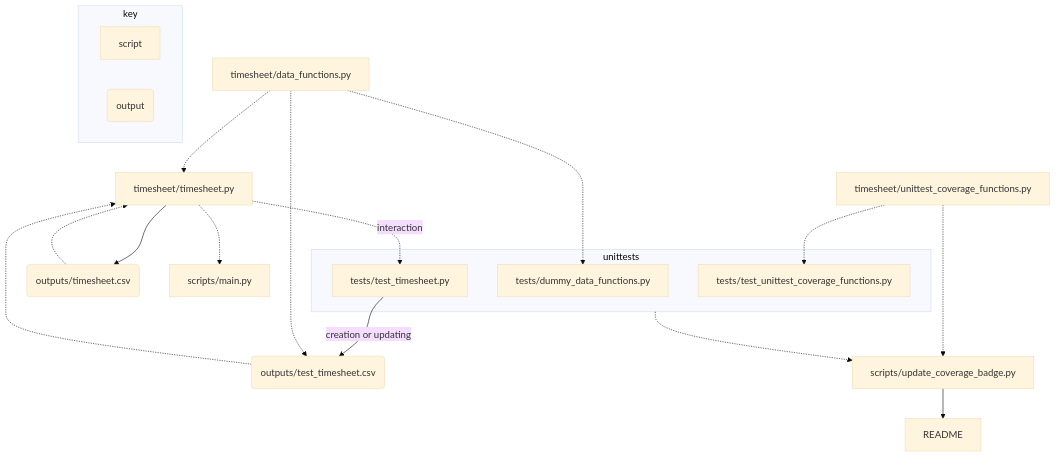
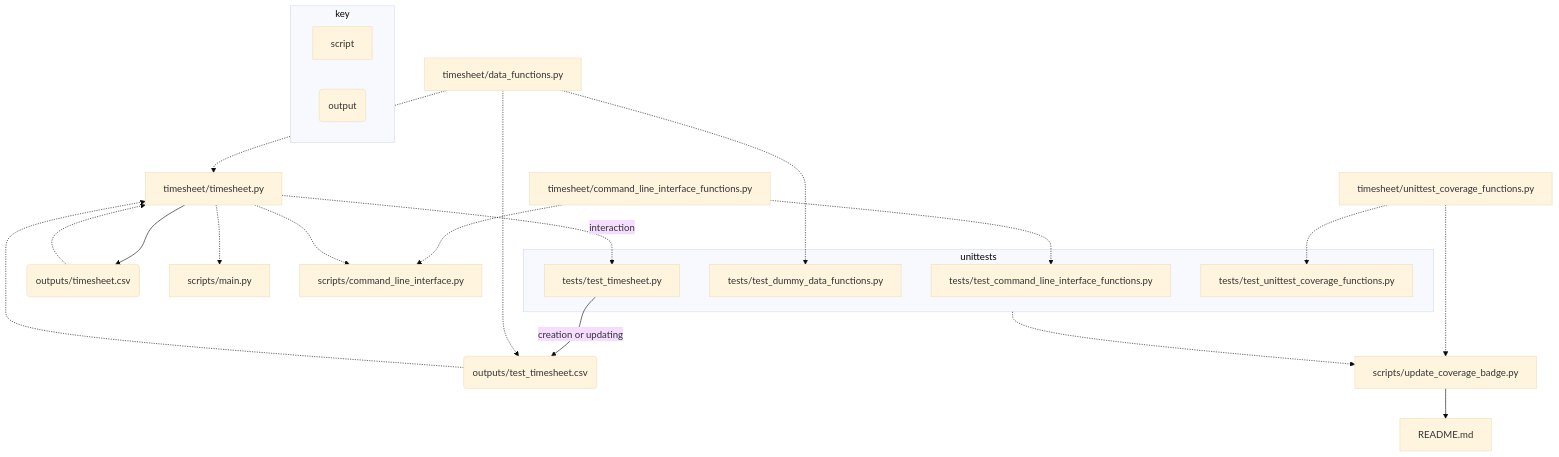
Before and after one commit to JosephCrispell/timesheet: the diagram in README.md, drawn with Mermaid (base theme). The commit also changed 1 other file, not shown here.

Commit message:
Updated mermaid worflow

````diff
--- a/README.md
+++ b/README.md
@@ -51,25 +51,29 @@
 ```mermaid
   graph TD
     timesheet[timesheet/timesheet.py] --> data(outputs/timesheet.csv);
     data .-> timesheet;
     data_functions[timesheet/data_functions.py] .-> timesheet;
     timesheet .->|interaction| test_timesheet[tests/test_timesheet.py];
     data_functions .-> test_data_functions[tests/test_data_functions.py];
     test_timesheet -->|creation or updating| test_data(outputs/test_timesheet.csv);
     test_data .-> timesheet;
     data_functions .-> test_data;
     timesheet .-> main[scripts/main.py];
+    cli_functions[timesheet/command_line_interface_functions.py] .-> cli[scripts/command_line_interface.py];
+    cli_functions .-> test_cli
+    timesheet .-> cli
     subgraph "key"
         k1[script];
         k2(output);
     end
     coverage_functions[timesheet/unittest_coverage_functions.py] .-> update_coverage_badge[scripts/update_coverage_badge.py];
     coverage_functions .-> test_coverage[tests/test_unittest_coverage_functions.py];
-    update_coverage_badge --> readme[README];
+    update_coverage_badge --> readme[README.md];
     subgraph "unittests"
         test_timesheet[tests/test_timesheet.py];
-        test_data_functions[tests/dummy_data_functions.py];
+        test_data_functions[tests/test_dummy_data_functions.py];
         test_coverage[tests/test_unittest_coverage_functions.py];
+        test_cli[tests/test_command_line_interface_functions.py];
     end
     unittests .-> update_coverage_badge
 ```
````
